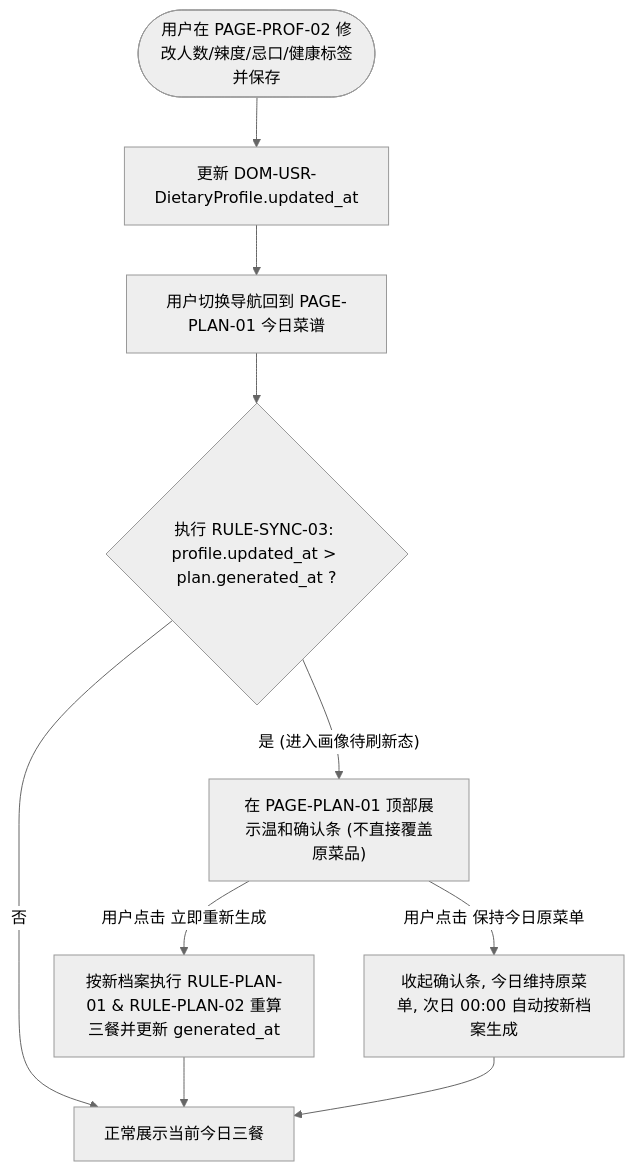
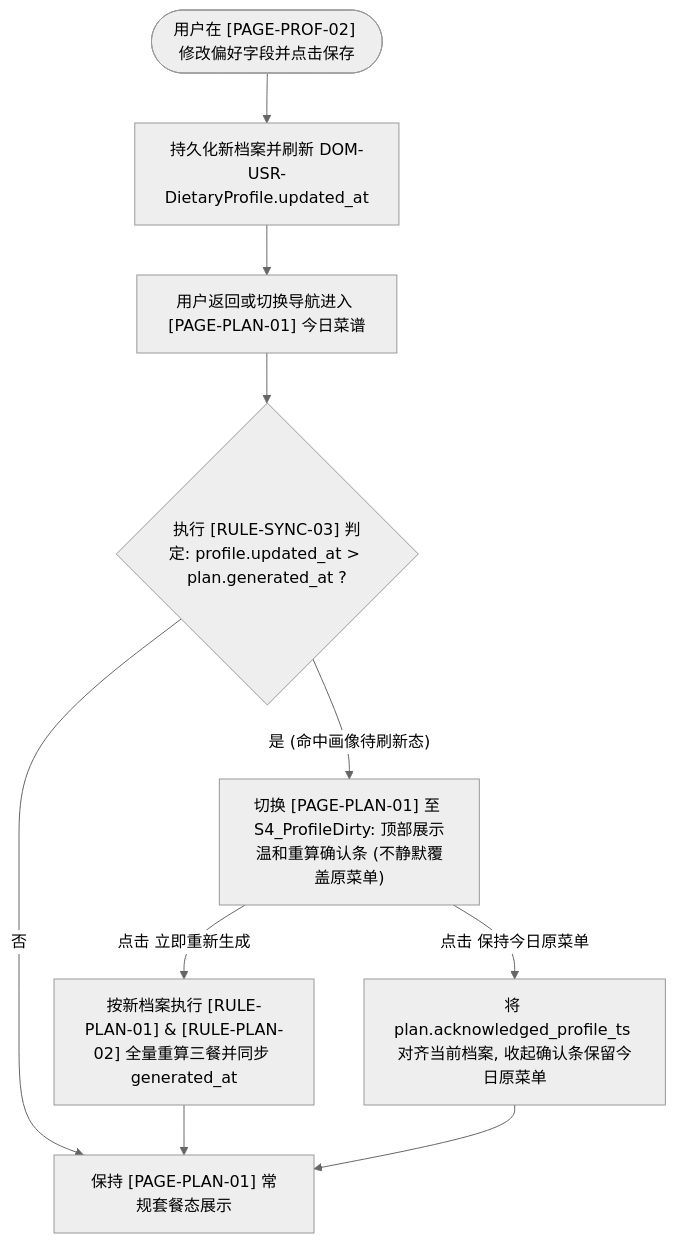
The second of 2 diagrams in Product/spec/04-ia-and-flows/flows/meal-planning.md (icecream154/Cookbook), drawn with Mermaid (neutral theme) before and after one commit. The commit also changed other lines of this file and 28 other files, not shown here.

Commit message:
feat: update ia and flows doc

````diff
--- a/Product/spec/04-ia-and-flows/flows/meal-planning.md
+++ b/Product/spec/04-ia-and-flows/flows/meal-planning.md
@@ -36,13 +45,13 @@
 ```mermaid
 flowchart TD
-    EDIT(["用户在 PAGE-PROF-02 修改人数/辣度/忌口/健康标签并保存"]) --> UPDATE_TS["更新 DOM-USR-DietaryProfile.updated_at"]
-    UPDATE_TS --> BACK_HOME["用户切换导航回到 PAGE-PLAN-01 今日菜谱"]
-    BACK_HOME --> CHECK_DIRTY{"执行 RULE-SYNC-03: profile.updated_at > plan.generated_at ?"}
+    EDIT(["用户在 [PAGE-PROF-02] 修改偏好字段并点击保存"]) --> UPDATE_TS["持久化新档案并刷新 DOM-USR-DietaryProfile.updated_at"]
+    UPDATE_TS --> BACK_HOME["用户返回或切换导航进入 [PAGE-PLAN-01] 今日菜谱"]
+    BACK_HOME --> CHECK_DIRTY{"执行 [RULE-SYNC-03] 判定: profile.updated_at > plan.generated_at ?"}
 
-    CHECK_DIRTY -- "否" --> NORMAL["正常展示当前今日三餐"]
-    CHECK_DIRTY -- "是 (进入画像待刷新态)" --> SHOW_BANNER["在 PAGE-PLAN-01 顶部展示温和确认条 (不直接覆盖原菜品)"]
+    CHECK_DIRTY -- "否" --> NORMAL["保持 [PAGE-PLAN-01] 常规套餐态展示"]
+    CHECK_DIRTY -- "是 (命中画像待刷新态)" --> SHOW_BANNER["切换 [PAGE-PLAN-01] 至 S4_ProfileDirty: 顶部展示温和重算确认条 (不静默覆盖原菜单)"]
 
-    SHOW_BANNER -- "用户点击 立即重新生成" --> RECALC["按新档案执行 RULE-PLAN-01 & RULE-PLAN-02 重算三餐并更新 generated_at"]
-    SHOW_BANNER -- "用户点击 保持今日原菜单" --> KEEP_OLD["收起确认条, 今日维持原菜单, 次日 00:00 自动按新档案生成"]
+    SHOW_BANNER -- "点击 立即重新生成" --> RECALC["按新档案执行 [RULE-PLAN-01] & [RULE-PLAN-02] 全量重算三餐并同步 generated_at"]
+    SHOW_BANNER -- "点击 保持今日原菜单" --> KEEP_OLD["将 plan.acknowledged_profile_ts 对齐当前档案, 收起确认条保留今日原菜单"]
     RECALC & KEEP_OLD --> NORMAL
 ```
````
